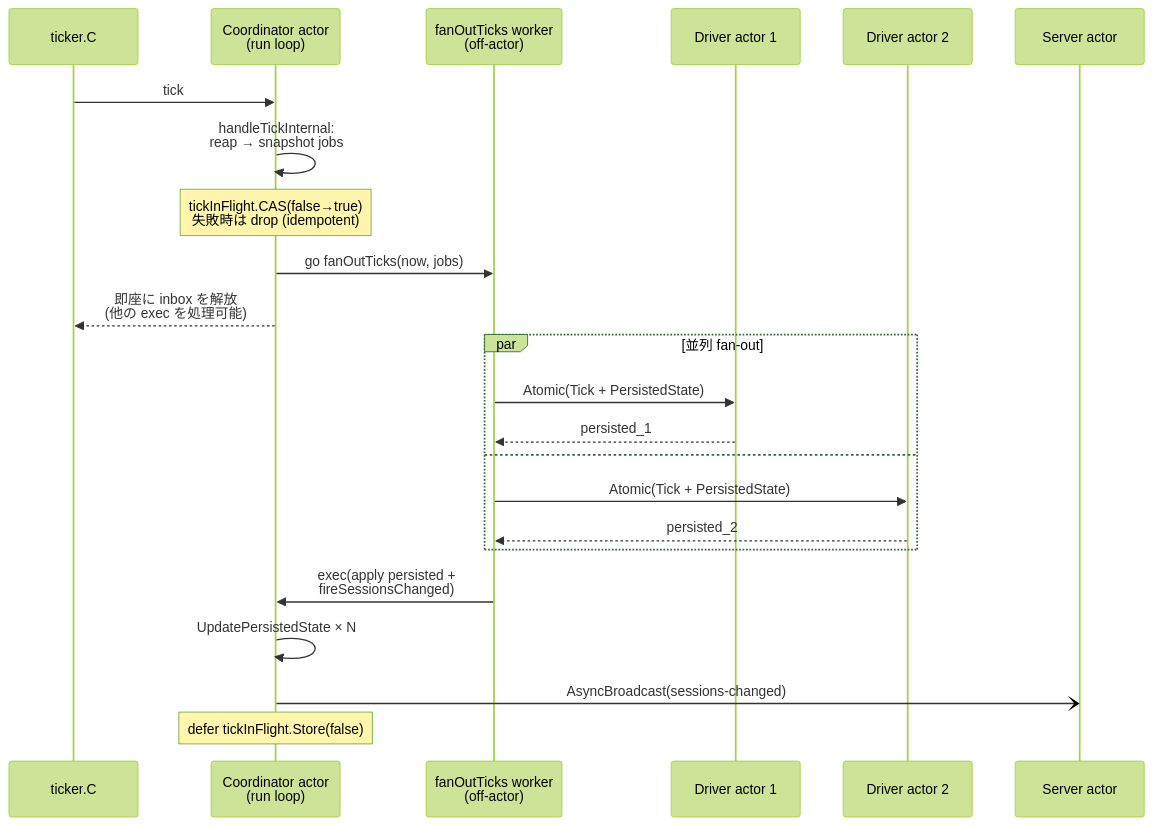
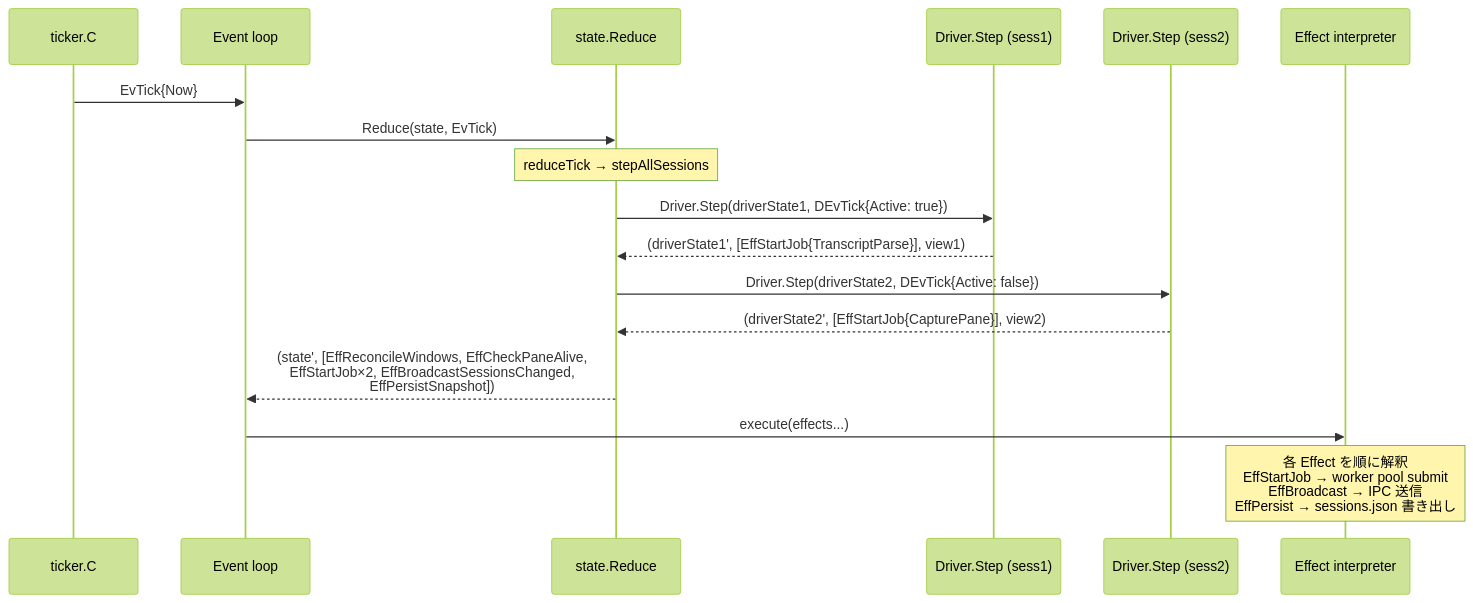
Before and after one commit to takezoh/agent-roost: the sixth of 12 diagrams in ARCHITECTURE.md, drawn with Mermaid (forest theme). The commit also changed other lines of this file, not shown here.

First line of the commit message:
Rewrite ARCHITECTURE.md for FCIS architecture

````diff
--- a/ARCHITECTURE.md
+++ b/ARCHITECTURE.md
@@ -526,28 +529,20 @@
 ```mermaid
 sequenceDiagram
     participant Tk as ticker.C
-    participant Co as Coordinator actor<br/>(run loop)
-    participant Fan as fanOutTicks worker<br/>(off-actor)
-    participant D1 as Driver actor 1
-    participant D2 as Driver actor 2
-    participant Sv as Server actor
+    participant EL as Event loop
+    participant Red as state.Reduce
+    participant D1 as Driver.Step (sess1)
+    participant D2 as Driver.Step (sess2)
+    participant Interp as Effect interpreter
 
-    Tk->>Co: tick
-    Co->>Co: handleTickInternal:<br/>reap → snapshot jobs
-    Note over Co: tickInFlight.CAS(false→true)<br/>失敗時は drop (idempotent)
-    Co->>Fan: go fanOutTicks(now, jobs)
-    Co-->>Tk: 即座に inbox を解放<br/>(他の exec を処理可能)
-
-    par 並列 fan-out
-        Fan->>D1: Atomic(Tick + PersistedState)
-        D1-->>Fan: persisted_1
-    and
-        Fan->>D2: Atomic(Tick + PersistedState)
-        D2-->>Fan: persisted_2
-    end
-
-    Fan->>Co: exec(apply persisted +<br/>fireSessionsChanged)
-    Co->>Co: UpdatePersistedState × N
-    Co-)Sv: AsyncBroadcast(sessions-changed)
-    Note over Co: defer tickInFlight.Store(false)
+    Tk->>EL: EvTick{Now}
+    EL->>Red: Reduce(state, EvTick)
+    Note over Red: reduceTick → stepAllSessions
+    Red->>D1: Driver.Step(driverState1, DEvTick{Active: true})
+    D1-->>Red: (driverState1', [EffStartJob{TranscriptParse}], view1)
+    Red->>D2: Driver.Step(driverState2, DEvTick{Active: false})
+    D2-->>Red: (driverState2', [EffStartJob{CapturePane}], view2)
+    Red-->>EL: (state', [EffReconcileWindows, EffCheckPaneAlive,<br/>EffStartJob×2, EffBroadcastSessionsChanged,<br/>EffPersistSnapshot])
+    EL->>Interp: execute(effects...)
+    Note over Interp: 各 Effect を順に解釈<br/>EffStartJob → worker pool submit<br/>EffBroadcast → IPC 送信<br/>EffPersist → sessions.json 書き出し
 ```
````
